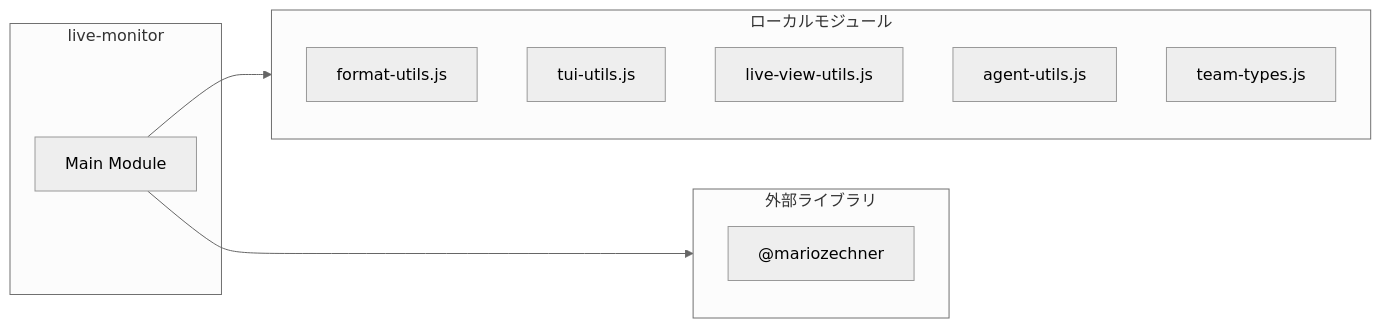
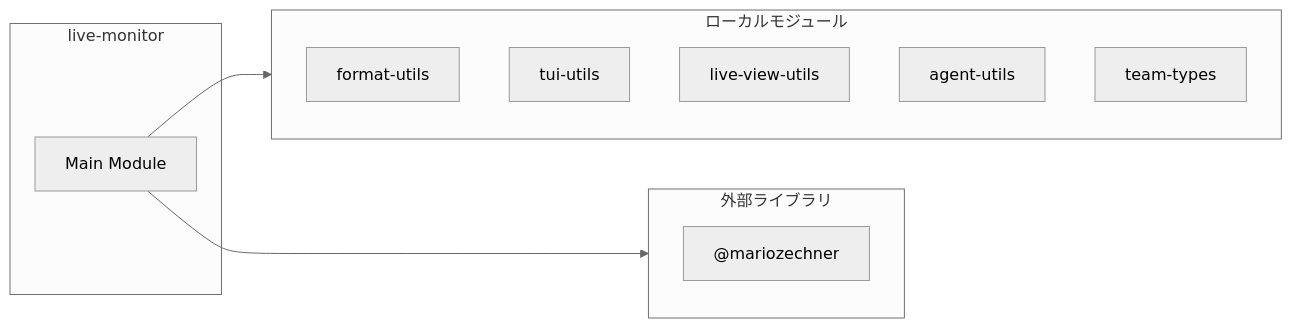
Before and after one commit to Mekann2904/mekann: the first of 3 diagrams in ABDD/.pi/extensions/agent-teams/live-monitor.md, drawn with Mermaid (neutral theme). The commit also changed other lines of this file and 174 other files, not shown here.

First line of the commit message:
fix(docs): ABDDのMermaid図生成エラーを修正する

````diff
--- a/ABDD/.pi/extensions/agent-teams/live-monitor.md
+++ b/ABDD/.pi/extensions/agent-teams/live-monitor.md
@@ -39,18 +39,18 @@
 ```mermaid
 flowchart LR
   subgraph this[live-monitor]
     main[Main Module]
   end
   subgraph local[ローカルモジュール]
-    format_utils_js["format-utils.js"]
-    tui_utils_js["tui-utils.js"]
-    live_view_utils_js["live-view-utils.js"]
-    agent_utils_js["agent-utils.js"]
-    team_types_js["team-types.js"]
+    format_utils["format-utils"]
+    tui_utils["tui-utils"]
+    live_view_utils["live-view-utils"]
+    agent_utils["agent-utils"]
+    team_types["team-types"]
   end
   main --> local
   subgraph external[外部ライブラリ]
     _mariozechner["@mariozechner"]
   end
   main --> external
 ```
````
